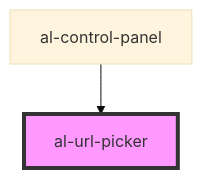
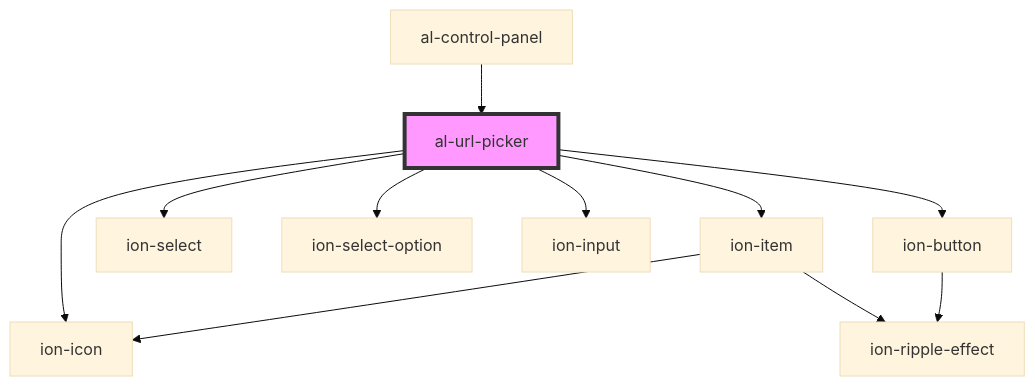
The diagram in src/components/al-url-picker/readme.md (aleph-viewer/aleph), drawn with Mermaid (base theme) before and after one commit. The commit also changed other lines of this file and 11 other files, not shown here.

````diff
--- a/src/components/al-url-picker/readme.md
+++ b/src/components/al-url-picker/readme.md
@@ -30,5 +39,14 @@
 ```mermaid
 graph TD;
+  al-url-picker --> ion-item
+  al-url-picker --> ion-select
+  al-url-picker --> ion-select-option
+  al-url-picker --> ion-input
+  al-url-picker --> ion-button
+  al-url-picker --> ion-icon
+  ion-item --> ion-icon
+  ion-item --> ion-ripple-effect
+  ion-button --> ion-ripple-effect
   al-control-panel --> al-url-picker
   style al-url-picker fill:#f9f,stroke:#333,stroke-width:4px
 ```
````
